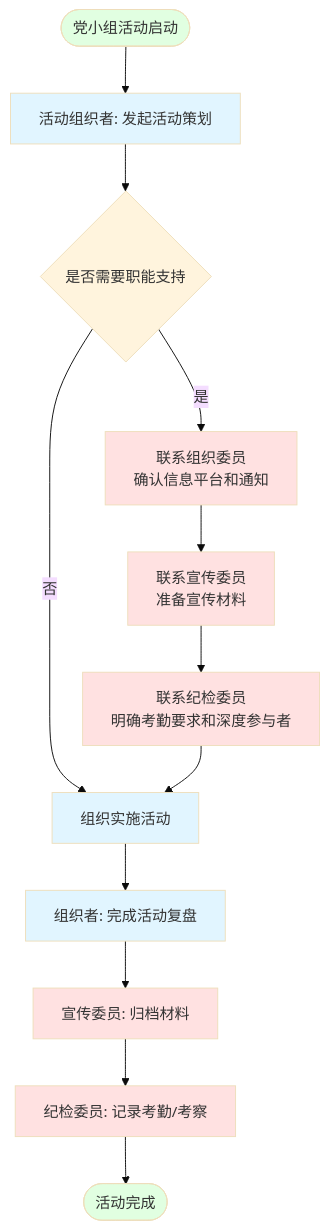
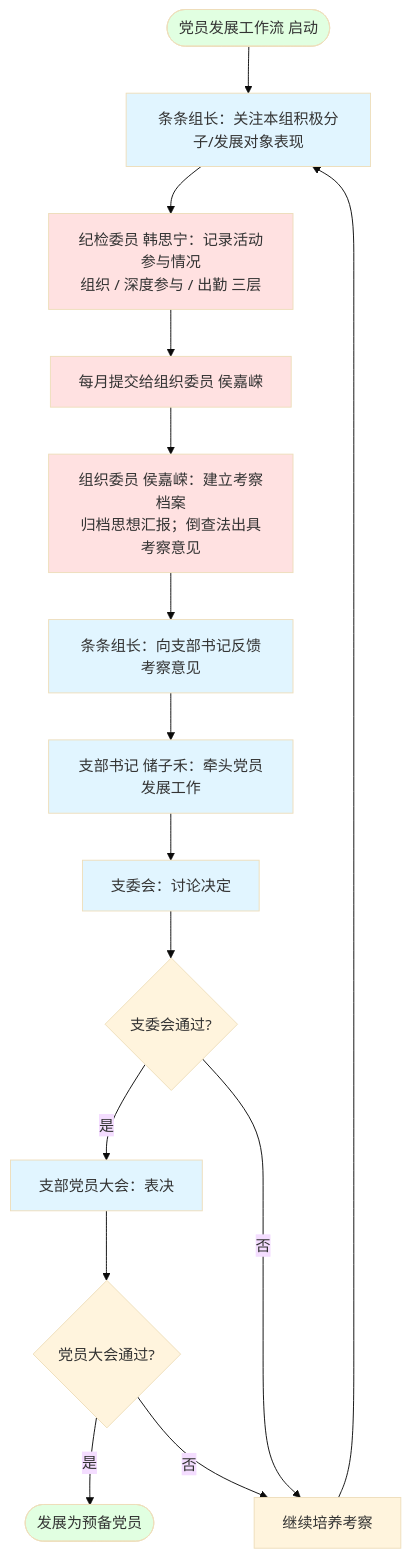
Before and after one commit to czhgo/GSM1921-SOP: the fifth of 9 diagrams in 流程指南/工作流程图-定人定责定岗.md, drawn with Mermaid (base theme). The commit also changed other lines of this file and 2 other files, not shown here.

````diff
--- a/流程指南/工作流程图-定人定责定岗.md
+++ b/流程指南/工作流程图-定人定责定岗.md
@@ -155,42 +277,35 @@
 ```mermaid
 flowchart TD
-    Start([党小组活动启动])
-    
-    A[活动组织者: 发起活动策划]
-    B{是否需要职能支持}
-    
-    C1[联系组织委员<br/>确认信息平台和通知]
-    C2[联系宣传委员<br/>准备宣传材料]
-    C3[联系纪检委员<br/>明确考勤要求和深度参与者]
-    
-    D[组织实施活动]
-    
-    E1[组织者: 完成活动复盘]
-    E2[宣传委员: 归档材料]
-    E3[纪检委员: 记录考勤/考察]
-    
-    End([活动完成])
-    
-    Start --> A
-    A --> B
-    B -->|是| C1
-    B -->|否| D
-    C1 --> C2
-    C2 --> C3
-    C3 --> D
-    D --> E1
-    E1 --> E2
-    E2 --> E3
-    E3 --> End
-    
-    style Start fill:#e1ffe1
+    S([党员发展工作流 启动])
+
+    A["条条组长：关注本组积极分子/发展对象表现"]
+    B["纪检委员 韩思宁：记录活动参与情况<br/>组织 / 深度参与 / 出勤 三层"]
+    C["每月提交给组织委员 侯嘉嵘"]
+    D["组织委员 侯嘉嵘：建立考察档案<br/>归档思想汇报；倒查法出具考察意见"]
+    E["条条组长：向支部书记反馈考察意见"]
+    F["支部书记 储子禾：牵头党员发展工作"]
+    G["支委会：讨论决定"]
+    H{"支委会通过?"}
+    I["支部党员大会：表决"]
+    J{"党员大会通过?"}
+    K["继续培养考察"]
+
+    End([发展为预备党员])
+
+    S --> A --> B --> C --> D --> E --> F --> G --> H
+    H -->|是| I --> J
+    H -->|否| K --> A
+    J -->|是| End
+    J -->|否| K
+
+    style S fill:#e1ffe1
     style A fill:#e1f5ff
-    style C1 fill:#ffe1e1
-    style C2 fill:#ffe1e1
-    style C3 fill:#ffe1e1
-    style D fill:#e1f5ff
-    style E1 fill:#e1f5ff
-    style E2 fill:#ffe1e1
-    style E3 fill:#ffe1e1
+    style B fill:#ffe1e1
+    style C fill:#ffe1e1
+    style D fill:#ffe1e1
+    style E fill:#e1f5ff
+    style F fill:#e1f5ff
+    style G fill:#e1f5ff
+    style I fill:#e1f5ff
     style End fill:#e1ffe1
 ```
````
